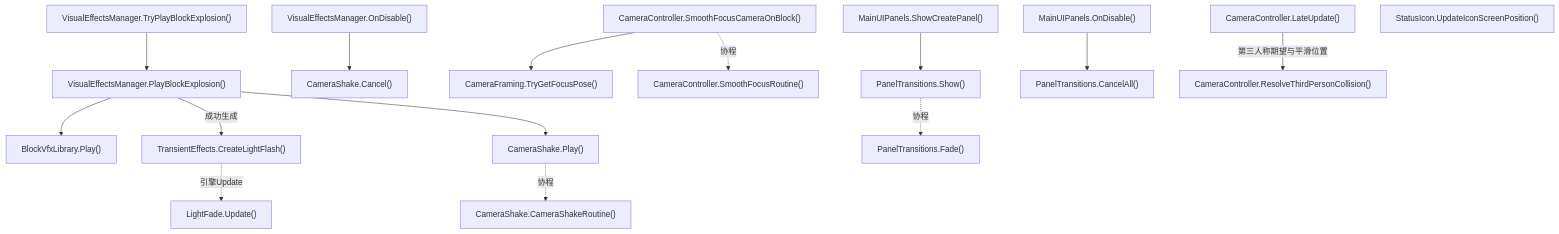
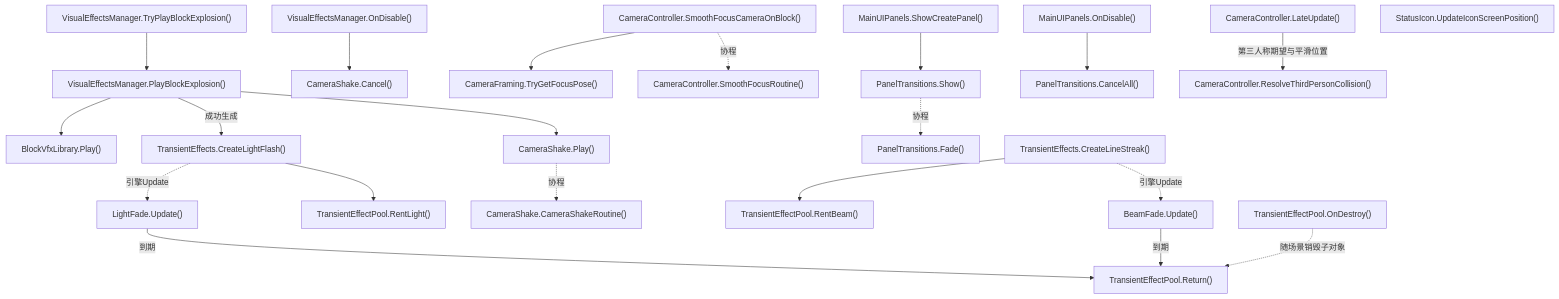
Diagram 13 of 38 in Docs/RuntimeFlow.md (kukudia/HY-Sandbox), drawn with Mermaid before and after one commit. The commit also changed other lines of this file and 23 other files, not shown here.

````diff
--- a/Docs/RuntimeFlow.md
+++ b/Docs/RuntimeFlow.md
@@ -1234,56 +1234,74 @@
 ```mermaid
 flowchart TD
     A["VisualEffectsManager.TryPlayBlockExplosion()"]
     click A "../Assets/Scripts/Features/Presentation/VisualEffectsManager.cs#L66" "打开源码"
     B["VisualEffectsManager.PlayBlockExplosion()"]
     click B "../Assets/Scripts/Features/Presentation/VisualEffectsManager.cs#L274" "打开源码"
     C["BlockVfxLibrary.Play()"]
     click C "../Assets/Scripts/Features/Presentation/BlockVfxLibrary.cs#L54" "打开源码"
     D["TransientEffects.CreateLightFlash()"]
-    click D "../Assets/Scripts/Features/Presentation/TransientEffects.cs#L47" "打开源码"
+    click D "../Assets/Scripts/Features/Presentation/TransientEffects.cs#L48" "打开源码"
     E["LightFade.Update()"]
-    click E "../Assets/Scripts/Features/Presentation/LightFade.cs#L17" "打开源码"
+    click E "../Assets/Scripts/Features/Presentation/LightFade.cs#L28" "打开源码"
     F["CameraShake.Play()"]
     click F "../Assets/Scripts/Features/Presentation/CameraShake.cs#L29" "打开源码"
     G["CameraShake.CameraShakeRoutine()"]
     click G "../Assets/Scripts/Features/Presentation/CameraShake.cs#L57" "打开源码"
     H["VisualEffectsManager.OnDisable()"]
     click H "../Assets/Scripts/Features/Presentation/VisualEffectsManager.cs#L194" "打开源码"
     I["CameraShake.Cancel()"]
     click I "../Assets/Scripts/Features/Presentation/CameraShake.cs#L17" "打开源码"
     J["CameraController.SmoothFocusCameraOnBlock()"]
     click J "../Assets/Scripts/Features/Presentation/CameraController.cs#L225" "打开源码"
     K["CameraFraming.TryGetFocusPose()"]
     click K "../Assets/Scripts/Features/Presentation/CameraFraming.cs#L26" "打开源码"
     L["CameraController.SmoothFocusRoutine()"]
     click L "../Assets/Scripts/Features/Presentation/CameraController.cs#L402" "打开源码"
     M["MainUIPanels.ShowCreatePanel()"]
     click M "../Assets/Scripts/Features/Presentation/MainUIPanels.cs#L90" "打开源码"
     N["PanelTransitions.Show()"]
     click N "../Assets/Scripts/Features/Presentation/PanelTransitions.cs#L29" "打开源码"
     O["PanelTransitions.Fade()"]
     click O "../Assets/Scripts/Features/Presentation/PanelTransitions.cs#L53" "打开源码"
     P["MainUIPanels.OnDisable()"]
     click P "../Assets/Scripts/Features/Presentation/MainUIPanels.cs#L76" "打开源码"
     Q["PanelTransitions.CancelAll()"]
     click Q "../Assets/Scripts/Features/Presentation/PanelTransitions.cs#L16" "打开源码"
     R["CameraController.LateUpdate()"]
     click R "../Assets/Scripts/Features/Presentation/CameraController.cs#L63" "打开源码"
     S["CameraController.ResolveThirdPersonCollision()"]
     click S "../Assets/Scripts/Features/Presentation/CameraController.cs#L126" "打开源码"
     T["StatusIcon.UpdateIconScreenPosition()"]
     click T "../Assets/Scripts/Features/Presentation/StatusIcon.cs#L313" "打开源码"
+    U["TransientEffectPool.RentLight()"]
+    click U "../Assets/Scripts/Features/Presentation/TransientEffectPool.cs#L50" "打开源码"
+    V["TransientEffectPool.Return()"]
+    click V "../Assets/Scripts/Features/Presentation/TransientEffectPool.cs#L75" "打开源码"
+    W["TransientEffects.CreateLineStreak()"]
+    click W "../Assets/Scripts/Features/Presentation/TransientEffects.cs#L7" "打开源码"
+    X["TransientEffectPool.RentBeam()"]
+    click X "../Assets/Scripts/Features/Presentation/TransientEffectPool.cs#L28" "打开源码"
+    Y["BeamFade.Update()"]
+    click Y "../Assets/Scripts/Features/Presentation/BeamFade.cs#L28" "打开源码"
+    Z["TransientEffectPool.OnDestroy()"]
+    click Z "../Assets/Scripts/Features/Presentation/TransientEffectPool.cs#L113" "打开源码"
     A --> B
     B --> C
     B -->|成功生成| D
     D -.->|引擎Update| E
+    D --> U
+    E -->|到期| V
+    W --> X
+    W -.->|引擎Update| Y
+    Y -->|到期| V
+    Z -.->|随场景销毁子对象| V
     B --> F
     F -.->|协程| G
     H --> I
     J --> K
     J -.->|协程| L
     M --> N
     N -.->|协程| O
     P --> Q
     R -->|第三人称期望与平滑位置| S
 ```
````
